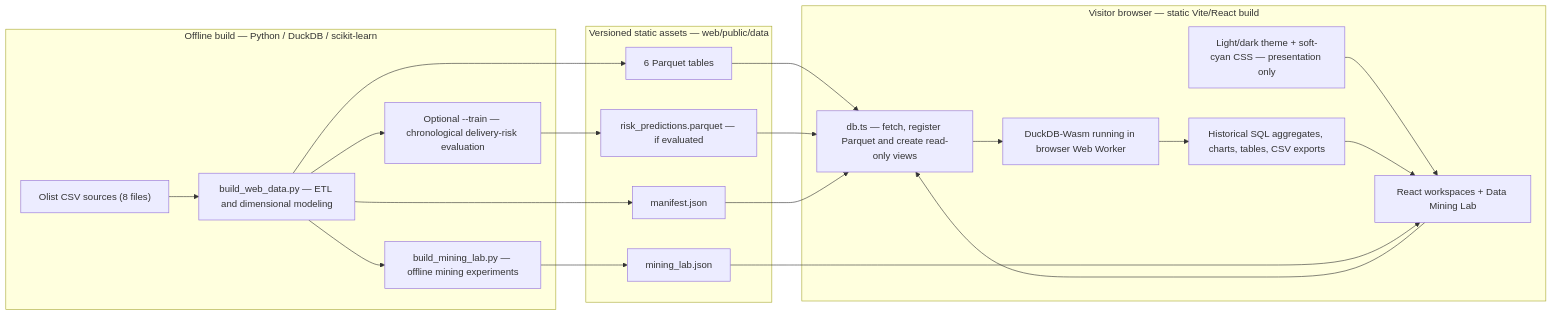
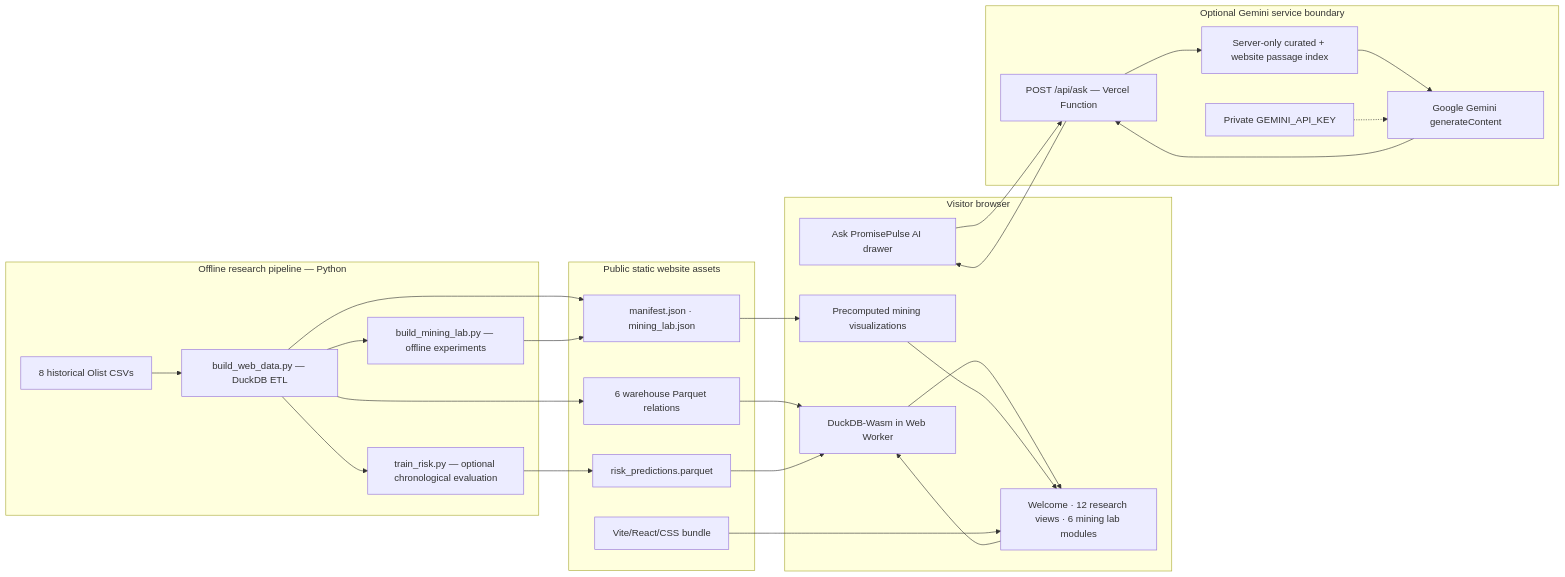
Before and after one commit to kasim672/PromisePulse: the first of 5 diagrams in docs/ARCHITECTURE_V5.md, drawn with Mermaid. The commit also changed other lines of this file, not shown here.

Commit message:
docs: update architecture diagrams, data lineage and actual Gemini runtime boundaries

````diff
--- a/docs/ARCHITECTURE_V5.md
+++ b/docs/ARCHITECTURE_V5.md
@@ -11,38 +9,47 @@
 ```mermaid
 flowchart LR
-    subgraph OFF["Offline build — Python / DuckDB / scikit-learn"]
-        CSV["Olist CSV sources (8 files)"]
-        ETL["build_web_data.py — ETL and dimensional modeling"]
-        ML["Optional --train — chronological delivery-risk evaluation"]
-        MINE["build_mining_lab.py — offline mining experiments"]
-        CSV --> ETL
-        ETL --> ML
-        ETL --> MINE
-    end
-
-    subgraph PUB["Versioned static assets — web/public/data"]
-        PAR["6 Parquet tables"]
-        RISK["risk_predictions.parquet — if evaluated"]
-        META["manifest.json"]
-        LAB["mining_lab.json"]
-    end
-
-    subgraph WEB["Visitor browser — static Vite/React build"]
-        UI["React workspaces + Data Mining Lab"]
-        THEME["Light/dark theme + soft-cyan CSS — presentation only"]
-        THEME --> UI
-        LOADER["db.ts — fetch, register Parquet and create read-only views"]
-        WASM["DuckDB-Wasm running in browser Web Worker"]
-        VIEW["Historical SQL aggregates, charts, tables, CSV exports"]
-        UI --> LOADER --> WASM --> VIEW --> UI
-        LAB --> UI
-    end
-
-    ETL --> PAR
-    ETL --> META
-    ML --> RISK
-    MINE --> LAB
-    PAR --> LOADER
-    RISK --> LOADER
-    META --> LOADER
+  subgraph BUILD["Offline research pipeline — Python"]
+    SRC["8 historical Olist CSVs"]
+    ETL["build_web_data.py — DuckDB ETL"]
+    TRAIN["train_risk.py — optional chronological evaluation"]
+    LABS["build_mining_lab.py — offline experiments"]
+    SRC --> ETL
+    ETL --> TRAIN
+    ETL --> LABS
+  end
+  subgraph ART["Public static website assets"]
+    PAR["6 warehouse Parquet relations"]
+    PRED["risk_predictions.parquet"]
+    JSON["manifest.json · mining_lab.json"]
+    UI["Vite/React/CSS bundle"]
+  end
+  subgraph BROWSER["Visitor browser"]
+    REACT["Welcome · 12 research views · 6 mining lab modules"]
+    DUCK["DuckDB-Wasm in Web Worker"]
+    LABUI["Precomputed mining visualizations"]
+    CHAT["Ask PromisePulse AI drawer"]
+    REACT --> DUCK
+    DUCK --> REACT
+    JSON --> LABUI
+    LABUI --> REACT
+  end
+  subgraph API["Optional Gemini service boundary"]
+    HTTP["POST /api/ask — Vercel Function"]
+    RETRIEVE["Server-only curated + website passage index"]
+    GEMINI["Google Gemini generateContent"]
+    KEY["Private GEMINI_API_KEY"]
+    HTTP --> RETRIEVE
+    RETRIEVE --> GEMINI
+    KEY -.-> GEMINI
+    GEMINI --> HTTP
+  end
+  ETL --> PAR
+  ETL --> JSON
+  TRAIN --> PRED
+  LABS --> JSON
+  UI --> REACT
+  PAR --> DUCK
+  PRED --> DUCK
+  CHAT --> HTTP
+  HTTP --> CHAT
 ```
````
